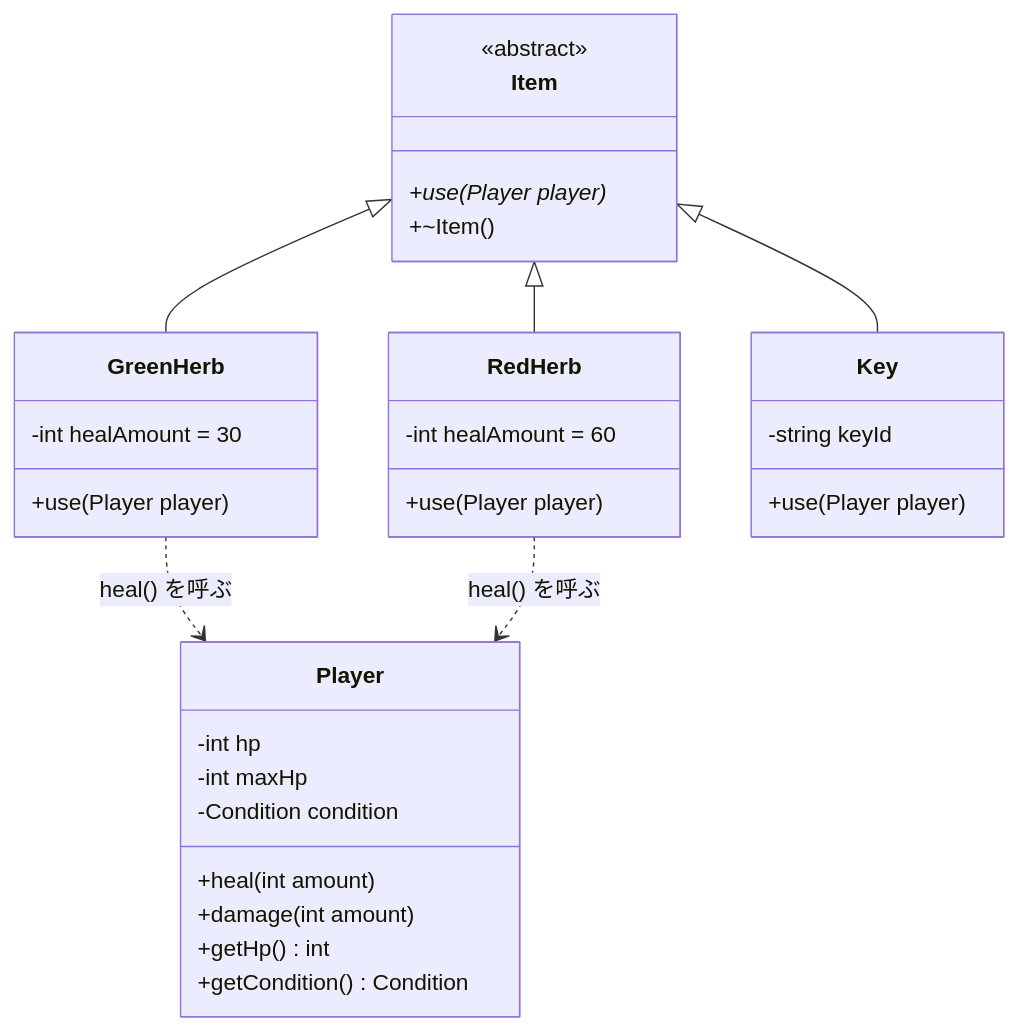
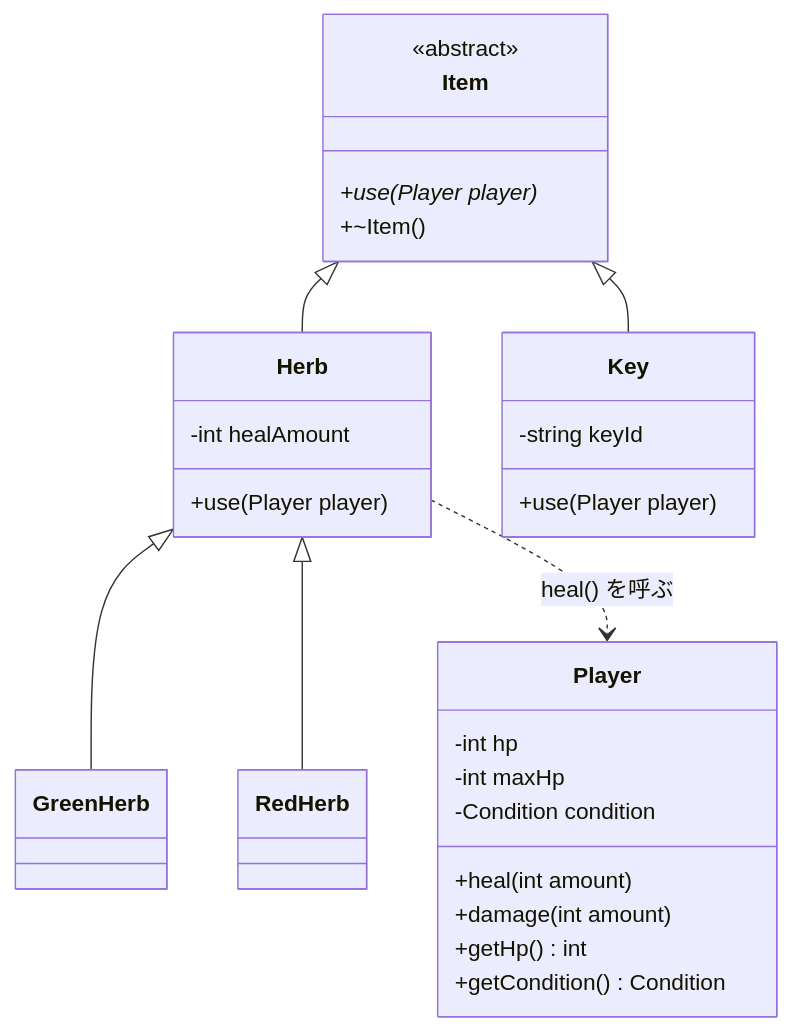
Before and after one commit to fuddt/Cplus: the tenth of 11 diagrams in Cplus/chapter-06-polymorphism.md, drawn with Mermaid. The commit also changed other lines of this file and 18 other files, not shown here.

````diff
--- a/Cplus/chapter-06-polymorphism.md
+++ b/Cplus/chapter-06-polymorphism.md
@@ -483,39 +507,38 @@
 ```mermaid
 classDiagram
     class Item {
         <<abstract>>
         +use(Player player)*
         +~Item()
     }
 
-    class GreenHerb {
-        -int healAmount = 30
+    class Herb {
+        -int healAmount
         +use(Player player)
     }
 
-    class RedHerb {
-        -int healAmount = 60
-        +use(Player player)
-    }
+    class GreenHerb
+    class RedHerb
 
     class Key {
         -string keyId
         +use(Player player)
     }
 
     class Player {
         -int hp
         -int maxHp
         -Condition condition
         +heal(int amount)
         +damage(int amount)
         +getHp() int
         +getCondition() Condition
     }
 
-    Item <|-- GreenHerb
-    Item <|-- RedHerb
+    Item <|-- Herb
+    Herb <|-- GreenHerb
+    Herb <|-- RedHerb
     Item <|-- Key
-    GreenHerb ..> Player : heal() を呼ぶ
-    RedHerb   ..> Player : heal() を呼ぶ
+
+    Herb ..> Player : heal() を呼ぶ
 ```
````
